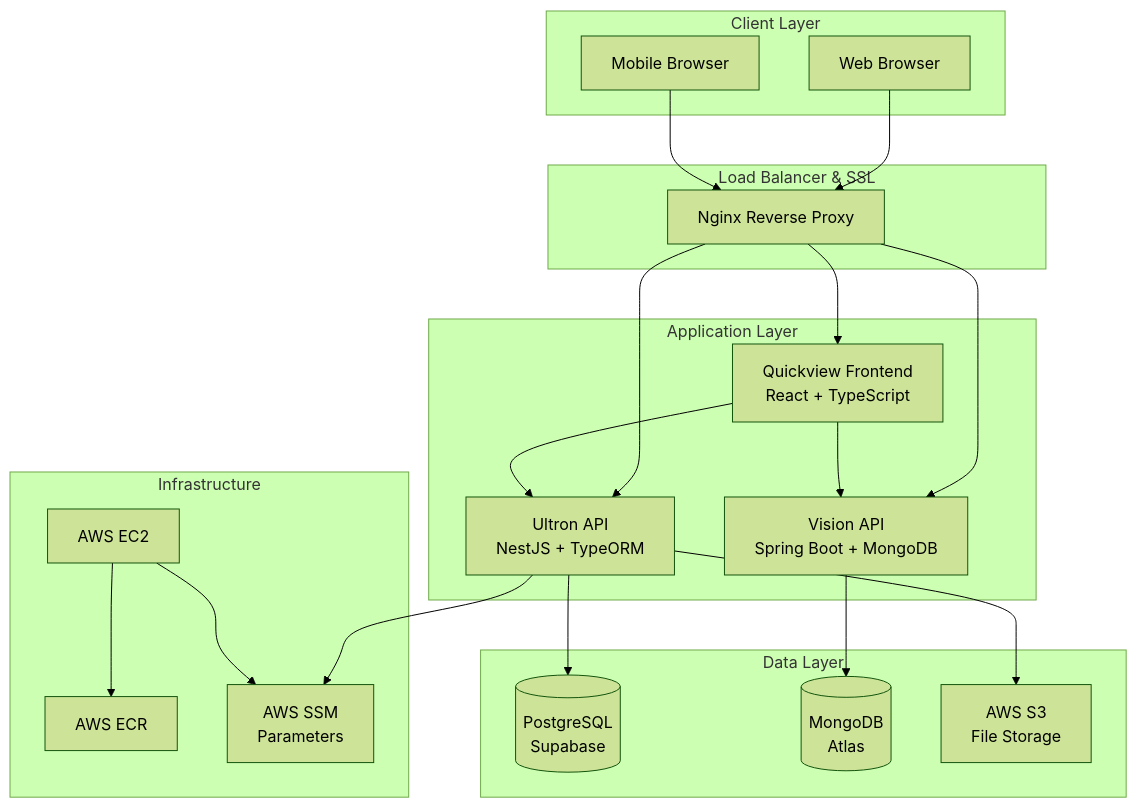
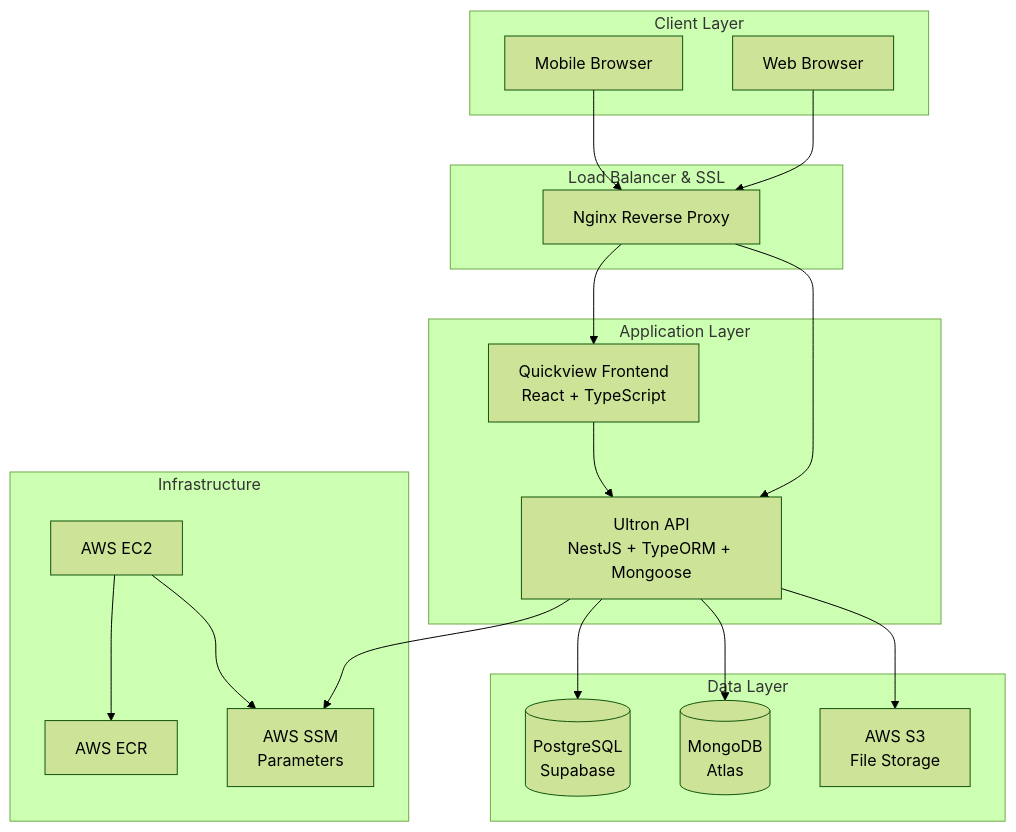
Before and after one commit to jmon14/texas: the first of 3 diagrams in docs/architecture.md, drawn with Mermaid (forest theme). The commit also changed other lines of this file and 32 other files, not shown here.

````diff
--- a/docs/architecture.md
+++ b/docs/architecture.md
@@ -7,47 +7,43 @@
 ```mermaid
 graph TB
     subgraph "Client Layer"
         WEB[Web Browser]
         MOBILE[Mobile Browser]
     end
 
     subgraph "Load Balancer & SSL"
         NGINX[Nginx Reverse Proxy]
     end
 
     subgraph "Application Layer"
         QV[Quickview Frontend<br/>React + TypeScript]
-        ULTRON[Ultron API<br/>NestJS + TypeORM]
-        VISION[Vision API<br/>Spring Boot + MongoDB]
+        ULTRON[Ultron API<br/>NestJS + TypeORM + Mongoose]
     end
 
     subgraph "Data Layer"
         PG[(PostgreSQL<br/>Supabase)]
         MONGO[(MongoDB<br/>Atlas)]
         S3[AWS S3<br/>File Storage]
     end
 
     subgraph "Infrastructure"
         EC2[AWS EC2]
         ECR[AWS ECR]
         SSM[AWS SSM<br/>Parameters]
     end
 
     WEB --> NGINX
     MOBILE --> NGINX
     NGINX --> QV
     NGINX --> ULTRON
-    NGINX --> VISION
 
     QV --> ULTRON
-    QV --> VISION
 
     ULTRON --> PG
+    ULTRON --> MONGO
     ULTRON --> S3
     ULTRON --> SSM
-
-    VISION --> MONGO
 
     EC2 --> ECR
     EC2 --> SSM
 ```
````
